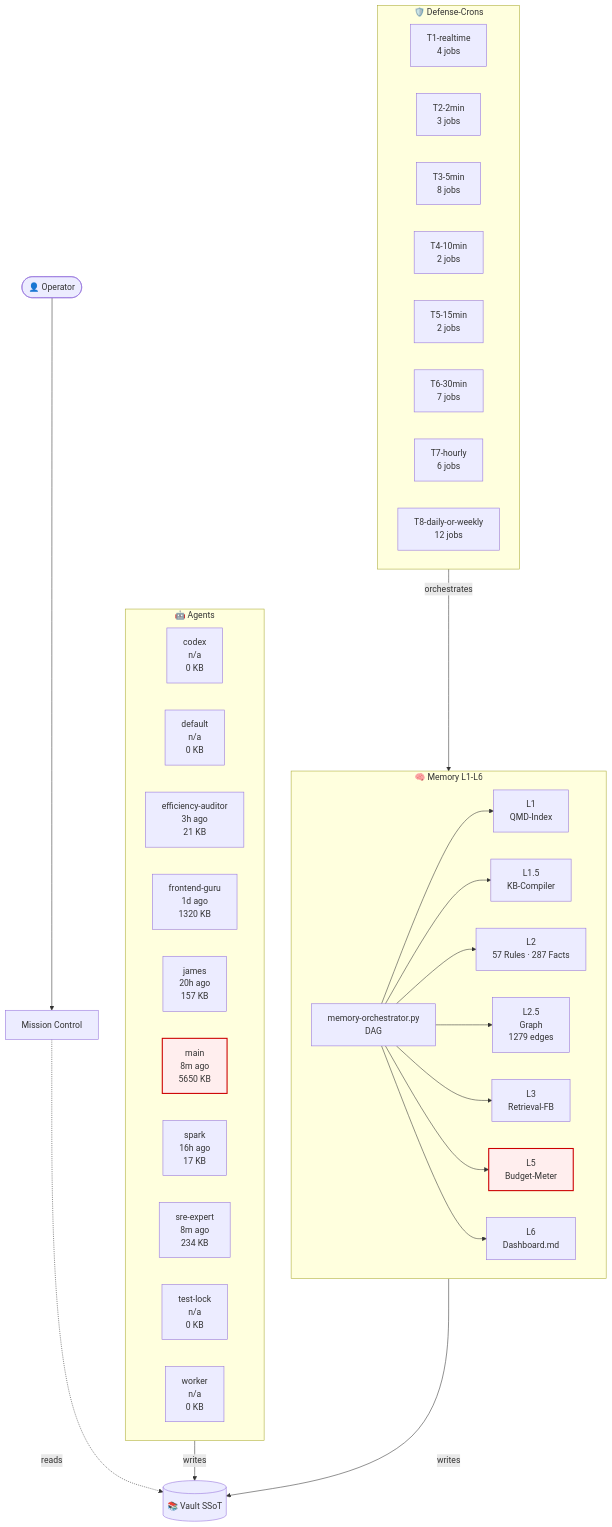
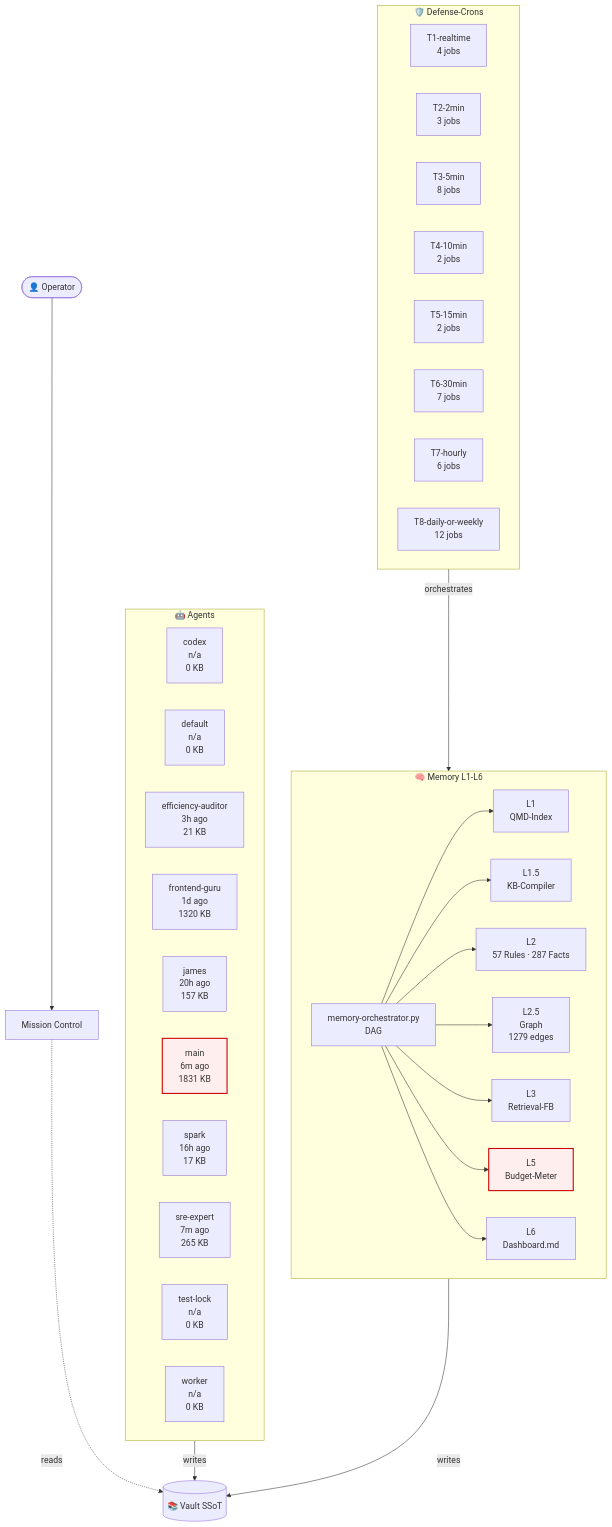
Before and after one commit to lenardhuebner88-rgb/openclaw-memory: the diagram in 03-Agents/architecture-live.md, drawn with Mermaid. The commit also changed other lines of this file and 4 other files, not shown here.

````diff
--- a/03-Agents/architecture-live.md
+++ b/03-Agents/architecture-live.md
@@ -18,53 +18,53 @@
 ```mermaid
 flowchart TB
     classDef critical fill:#fee,stroke:#c00,stroke-width:2px;
     subgraph AGT["🤖 Agents"]
         agent_codex["codex<br/>n/a<br/>0 KB"]
         agent_default["default<br/>n/a<br/>0 KB"]
         agent_efficiency_auditor["efficiency-auditor<br/>3h ago<br/>21 KB"]
         agent_frontend_guru["frontend-guru<br/>1d ago<br/>1320 KB"]
         agent_james["james<br/>20h ago<br/>157 KB"]
-        agent_main["main<br/>8m ago<br/>5650 KB"]
+        agent_main["main<br/>6m ago<br/>1831 KB"]
         agent_spark["spark<br/>16h ago<br/>17 KB"]
-        agent_sre_expert["sre-expert<br/>8m ago<br/>234 KB"]
+        agent_sre_expert["sre-expert<br/>7m ago<br/>265 KB"]
         agent_test_lock["test-lock<br/>n/a<br/>0 KB"]
         agent_worker["worker<br/>n/a<br/>0 KB"]
     end
     subgraph MEM["🧠 Memory L1-L6"]
         L1["L1<br/>QMD-Index"]
         L15["L1.5<br/>KB-Compiler"]
         L2["L2<br/>57 Rules · 287 Facts"]
         L25["L2.5<br/>Graph<br/>1279 edges"]
         L3["L3<br/>Retrieval-FB"]
         L5["L5<br/>Budget-Meter"]
         L6["L6<br/>Dashboard.md"]
         ORCH["memory-orchestrator.py<br/>DAG"]
     end
     subgraph CRN["🛡️ Defense-Crons"]
         tier_T1_realtime["T1-realtime<br/>4 jobs"]
         tier_T2_2min["T2-2min<br/>3 jobs"]
         tier_T3_5min["T3-5min<br/>8 jobs"]
         tier_T4_10min["T4-10min<br/>2 jobs"]
         tier_T5_15min["T5-15min<br/>2 jobs"]
         tier_T6_30min["T6-30min<br/>7 jobs"]
         tier_T7_hourly["T7-hourly<br/>6 jobs"]
         tier_T8_daily_or_weekly["T8-daily-or-weekly<br/>12 jobs"]
     end
     VAULT[("📚 Vault SSoT")]
     OP([👤 Operator])
     MC["Mission Control"]
     OP --> MC
     MC -.reads.-> VAULT
     AGT -->|writes| VAULT
     MEM -->|writes| VAULT
     ORCH --> L1
     ORCH --> L15
     ORCH --> L2
     ORCH --> L25
     ORCH --> L3
     ORCH --> L5
     ORCH --> L6
     CRN -->|orchestrates| MEM
     class L5 critical
     class agent_main critical
 ```
````
